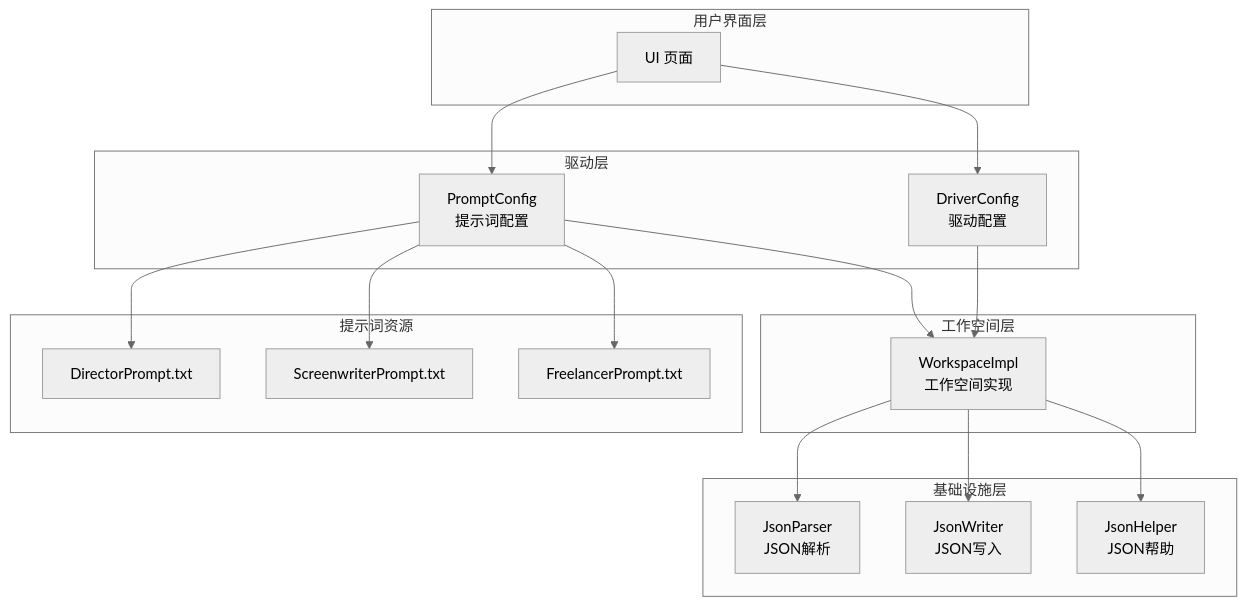
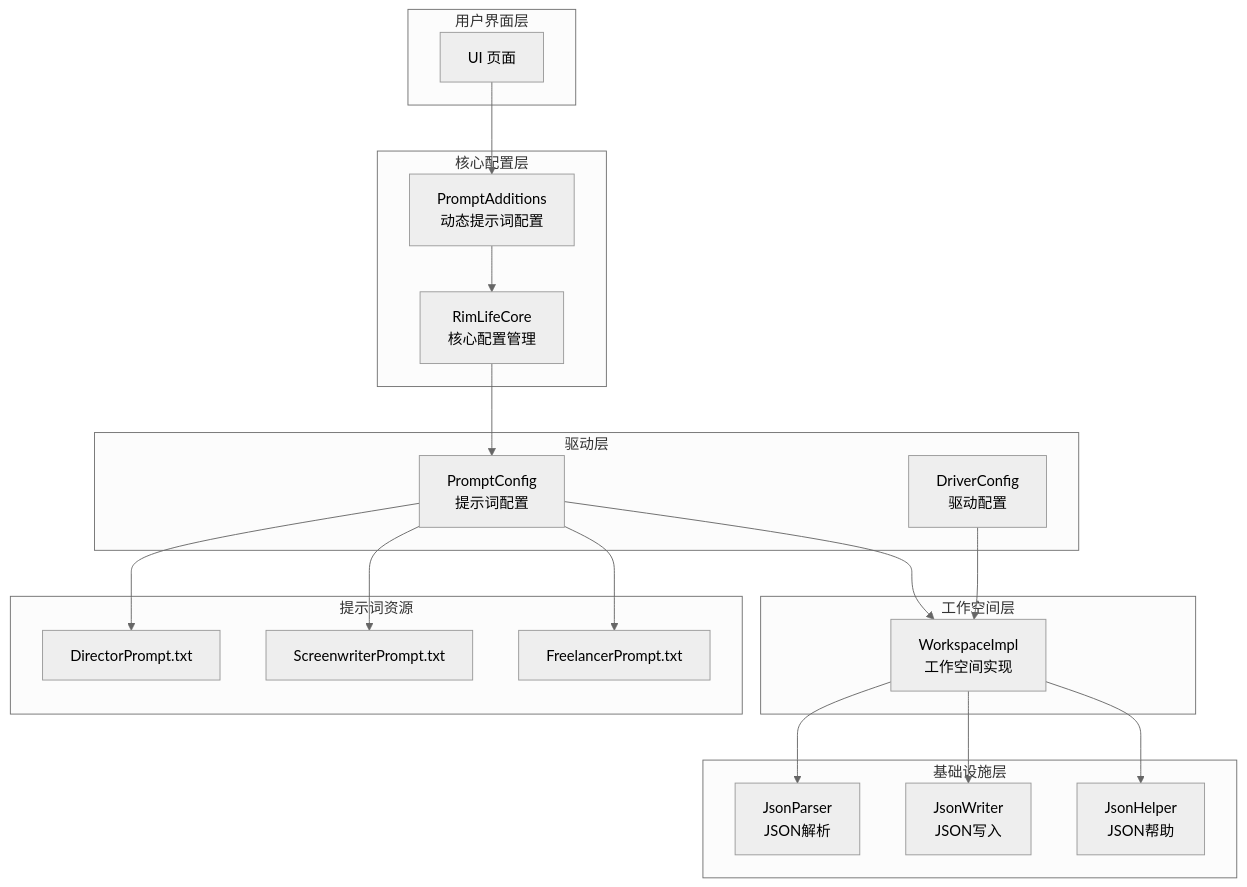
One commit to suzvka/RimLife changed the first of 10 diagrams in .qoder/repowiki/zh/content/LLM 集成系统/提示词管理系统.md. Above: the diagram before and after it, drawn with Mermaid (neutral theme). The commit also changed other lines of this file and 32 other files, not shown here.

````diff
--- a/.qoder/repowiki/zh/content/LLM 集成系统/提示词管理系统.md
+++ b/.qoder/repowiki/zh/content/LLM 集成系统/提示词管理系统.md
@@ -35,33 +45,38 @@
 ```mermaid
 graph TB
 subgraph "用户界面层"
 UI[UI 页面]
+end
+subgraph "核心配置层"
+PA[PromptAdditions<br/>动态提示词配置]
+RLC[RimLifeCore<br/>核心配置管理]
 end
 subgraph "驱动层"
 PC[PromptConfig<br/>提示词配置]
 DC[DriverConfig<br/>驱动配置]
 end
 subgraph "工作空间层"
 WS[WorkspaceImpl<br/>工作空间实现]
 end
 subgraph "基础设施层"
 JP[JsonParser<br/>JSON解析]
 JW[JsonWriter<br/>JSON写入]
 JH[JsonHelper<br/>JSON帮助]
 end
 subgraph "提示词资源"
 DP[DirectorPrompt.txt]
 SP[ScreenwriterPrompt.txt]
 FP[FreelancerPrompt.txt]
 end
-UI --> PC
-UI --> DC
+UI --> PA
+PA --> RLC
+RLC --> PC
 PC --> WS
 DC --> WS
 WS --> JP
 WS --> JW
 WS --> JH
 PC --> DP
 PC --> SP
 PC --> FP
 ```
````
